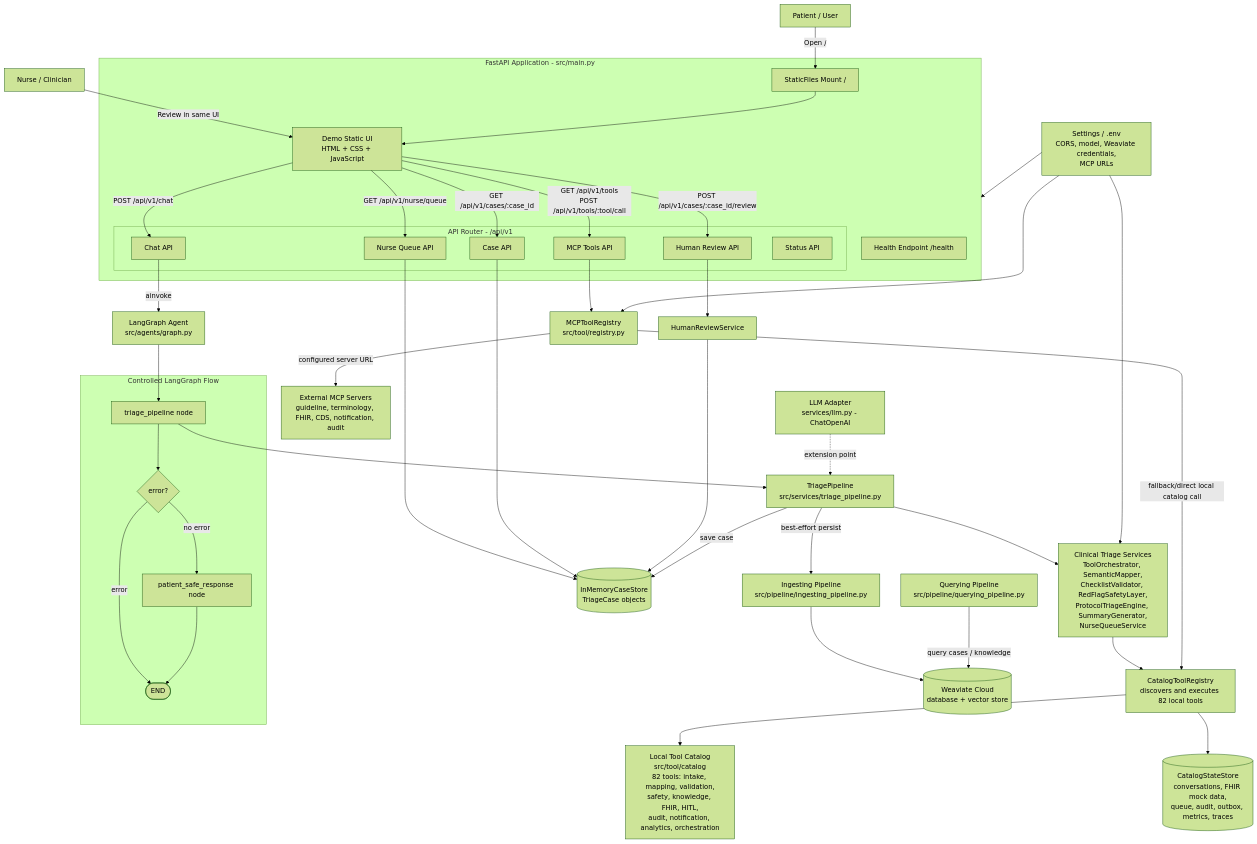
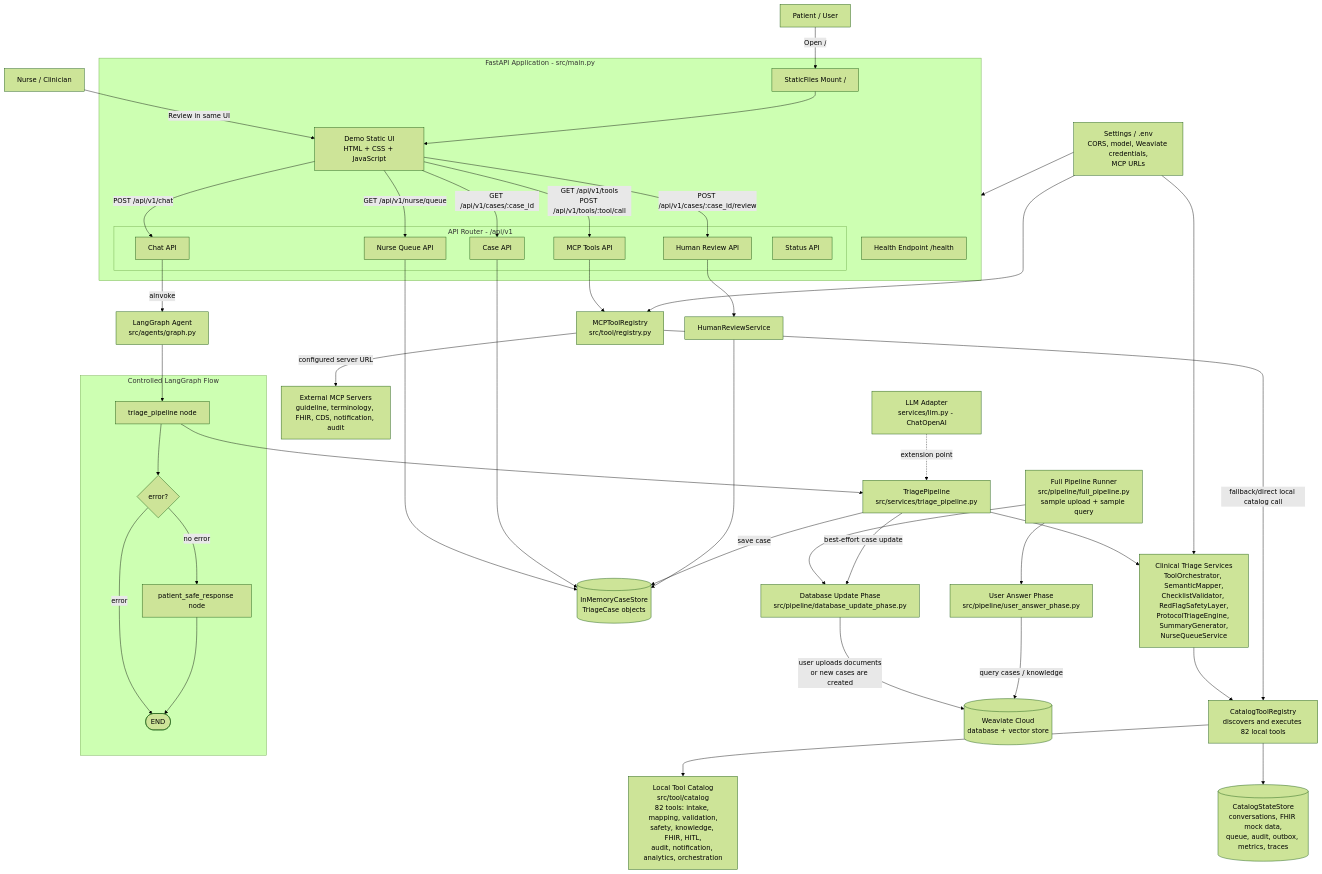
Before and after one commit to tuananhpham-vnu/VmedTriage_MicroGenius: the first of 4 diagrams in ARCHITECTURE.md, drawn with Mermaid (forest theme). The commit also changed other lines of this file and 14 other files, not shown here.

````diff
--- a/ARCHITECTURE.md
+++ b/ARCHITECTURE.md
@@ -11,69 +11,72 @@
 ```mermaid
 graph TB
     Patient[Patient / User] -->|Open /| StaticMount
     Nurse[Nurse / Clinician] -->|Review in same UI| StaticUI
 
     StaticUI -->|POST /api/v1/chat| ChatAPI[Chat API]
     StaticUI -->|GET /api/v1/nurse/queue| QueueAPI[Nurse Queue API]
     StaticUI -->|GET /api/v1/cases/:case_id| CaseAPI[Case API]
     StaticUI -->|POST /api/v1/cases/:case_id/review| ReviewAPI[Human Review API]
     StaticUI -->|GET /api/v1/tools<br/>POST /api/v1/tools/:tool/call| ToolsAPI[MCP Tools API]
 
     subgraph FastAPIApp[FastAPI Application - src/main.py]
         StaticMount[StaticFiles Mount /]
         Health[Health Endpoint /health]
         StaticMount --> StaticUI[Demo Static UI<br/>HTML + CSS + JavaScript]
 
         subgraph APIRoutes[API Router - /api/v1]
             ChatAPI
             QueueAPI
             CaseAPI
             ReviewAPI
             ToolsAPI
             StatusAPI[Status API]
         end
     end
 
     ChatAPI -->|ainvoke| Agent[LangGraph Agent<br/>src/agents/graph.py]
 
     subgraph LangGraph[Controlled LangGraph Flow]
         TriageNode[triage_pipeline node]
         Decision{error?}
         RespondNode[patient_safe_response node]
         EndNode([END])
 
         TriageNode --> Decision
         Decision -->|no error| RespondNode
         Decision -->|error| EndNode
         RespondNode --> EndNode
     end
 
     Agent --> TriageNode
     TriageNode --> Pipeline[TriagePipeline<br/>src/services/triage_pipeline.py]
 
     Pipeline --> ClinicalServices[Clinical Triage Services<br/>ToolOrchestrator, SemanticMapper,<br/>ChecklistValidator, RedFlagSafetyLayer,<br/>ProtocolTriageEngine, SummaryGenerator,<br/>NurseQueueService]
 
     ClinicalServices --> CatalogRegistry[CatalogToolRegistry<br/>discovers and executes 82 local tools]
     CatalogRegistry --> LocalToolCatalog[Local Tool Catalog<br/>src/tool/catalog<br/>82 tools: intake, mapping, validation,<br/>safety, knowledge, FHIR, HITL,<br/>audit, notification, analytics, orchestration]
 
     ToolsAPI --> MCPRegistry[MCPToolRegistry<br/>src/tool/registry.py]
     MCPRegistry -->|configured server URL| ExternalMCP[External MCP Servers<br/>guideline, terminology, FHIR, CDS, notification, audit]
     MCPRegistry -->|fallback/direct local catalog call| CatalogRegistry
 
     QueueAPI --> CaseStore[(InMemoryCaseStore<br/>TriageCase objects)]
     CaseAPI --> CaseStore
     ReviewAPI --> HumanReview[HumanReviewService]
     HumanReview --> CaseStore
     Pipeline -->|save case| CaseStore
 
     CatalogRegistry --> CatalogState[(CatalogStateStore<br/>conversations, FHIR mock data,<br/>queue, audit, outbox, metrics, traces)]
 
     Settings[Settings / .env<br/>CORS, model, Weaviate credentials,<br/>MCP URLs] --> FastAPIApp
     Settings --> ClinicalServices
     Settings --> MCPRegistry
 
     LLMAdapter[LLM Adapter<br/>services/llm.py - ChatOpenAI] -. extension point .-> Pipeline
-    Pipeline -->|best-effort persist| IngestPipeline[Ingesting Pipeline<br/>src/pipeline/ingesting_pipeline.py]
-    IngestPipeline --> WeaviateCloud[(Weaviate Cloud<br/>database + vector store)]
-    QueryPipeline[Querying Pipeline<br/>src/pipeline/querying_pipeline.py] -->|query cases / knowledge| WeaviateCloud
+    FullPipeline[Full Pipeline Runner<br/>src/pipeline/full_pipeline.py<br/>sample upload + sample query] --> DBUpdatePhase
+    FullPipeline --> AnswerPhase
+
+    Pipeline -->|best-effort case update| DBUpdatePhase[Database Update Phase<br/>src/pipeline/database_update_phase.py]
+    DBUpdatePhase -->|user uploads documents<br/>or new cases are created| WeaviateCloud[(Weaviate Cloud<br/>database + vector store)]
+    AnswerPhase[User Answer Phase<br/>src/pipeline/user_answer_phase.py] -->|query cases / knowledge| WeaviateCloud
 ```
````
